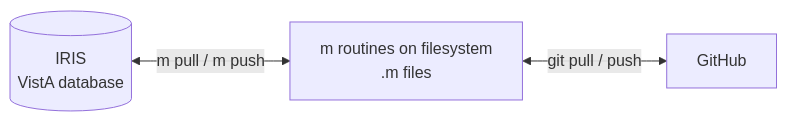
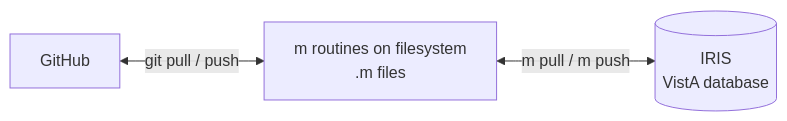
The first of 7 diagrams in profile/README.md (vista-cloud-dev/.github), drawn with Mermaid before and after one commit.

Commit message:
docs: place GitHub on the left in routines diagram to match patches

````diff
--- a/profile/README.md
+++ b/profile/README.md
@@ -98,8 +98,8 @@
 ```mermaid
 flowchart LR
+    gh["GitHub"]
+    fs["m routines on filesystem<br/>.m files"]
     iris[("IRIS<br/>VistA database")]
-    fs["m routines on filesystem<br/>.m files"]
-    gh["GitHub"]
-    iris <-->|m pull / m push| fs
-    fs <-->|git pull / push| gh
+    gh <-->|git pull / push| fs
+    fs <-->|m pull / m push| iris
 ```
````
